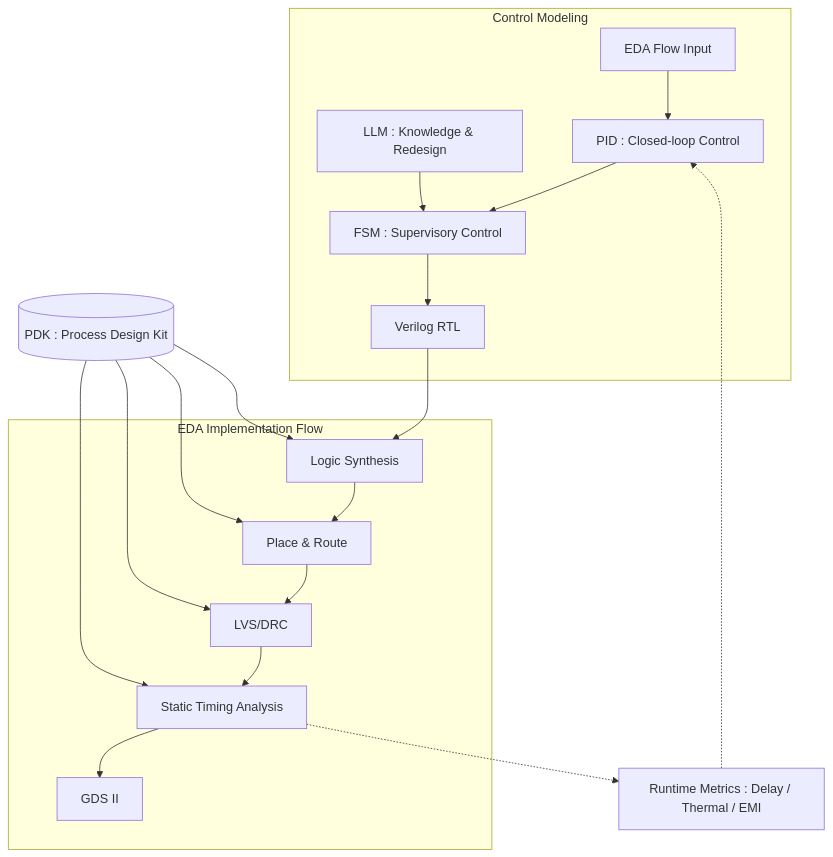
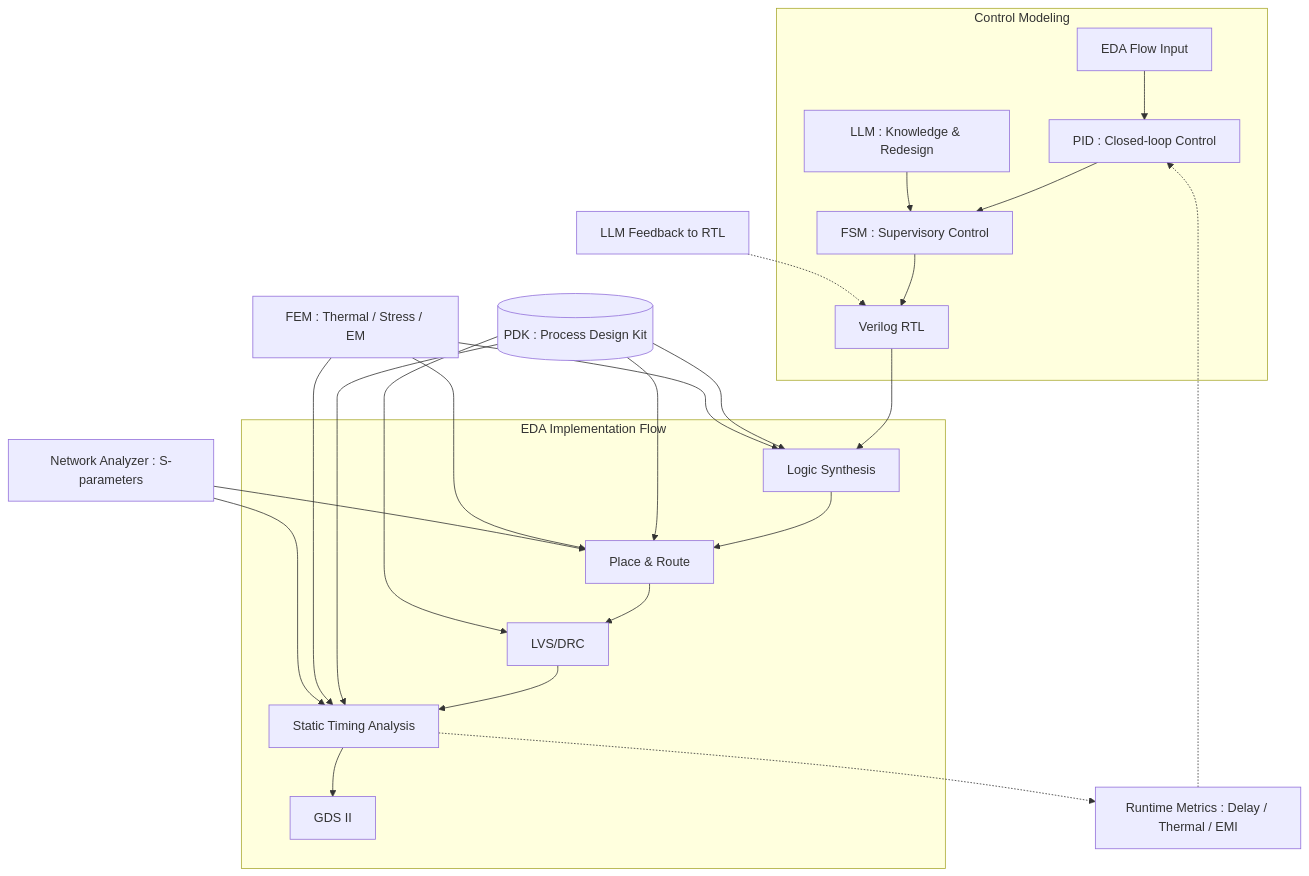
Before and after one commit to Samizo-AITL/Edusemi-v4x: the diagram in f_chapter6_research/index.md, drawn with Mermaid. The commit also changed other lines of this file, not shown here.

````diff
--- a/f_chapter6_research/index.md
+++ b/f_chapter6_research/index.md
@@ -52,27 +54,35 @@
 ```mermaid
 flowchart TB
     subgraph Modeling [Control Modeling]
         A[EDA Flow Input] --> B[PID : Closed-loop Control]
         B --> C[FSM : Supervisory Control]
         F[LLM : Knowledge & Redesign] --> C
         C --> RTL[Verilog RTL]
     end
 
     subgraph EDA [EDA Implementation Flow]
         RTL --> Synth[Logic Synthesis]
         Synth --> PnR[Place & Route]
         PnR --> LVS[LVS/DRC]
         LVS --> STA[Static Timing Analysis]
         STA --> GDS[GDS II]
     end
 
     %% Feedback loop via Metrics
     STA -.-> M[Runtime Metrics : Delay / Thermal / EMI]
     M -.-> B
+    LLM_FEED[LLM Feedback to RTL] -.-> RTL
 
     %% PDK supports downstream
     PDK[(PDK : Process Design Kit)] --> Synth
     PDK --> PnR
     PDK --> LVS
     PDK --> STA
+
+    %% FEM + Network Analyzer
+    FEM[FEM : Thermal / Stress / EM] --> Synth
+    FEM --> PnR
+    FEM --> STA
+    NA[Network Analyzer : S-parameters] --> PnR
+    NA --> STA
 ```
````
